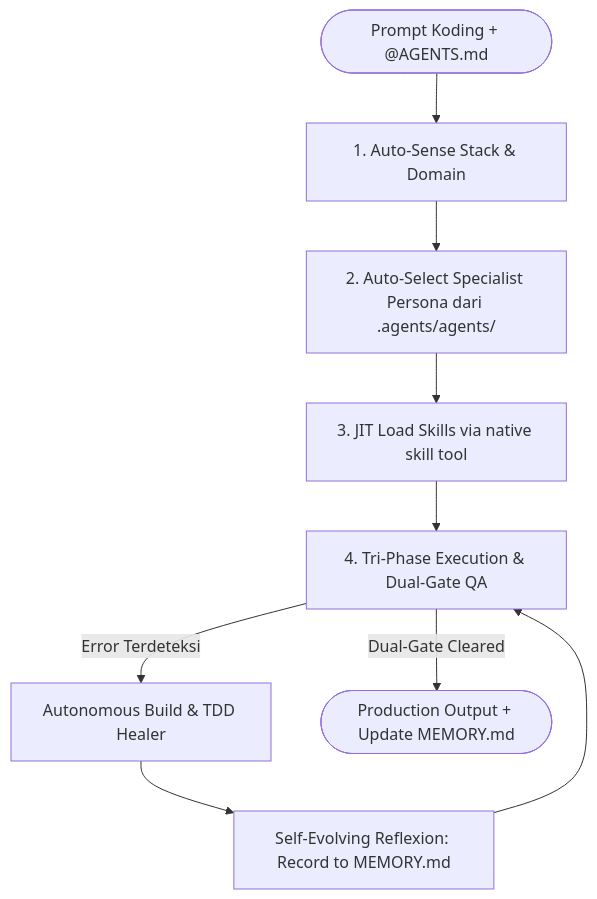
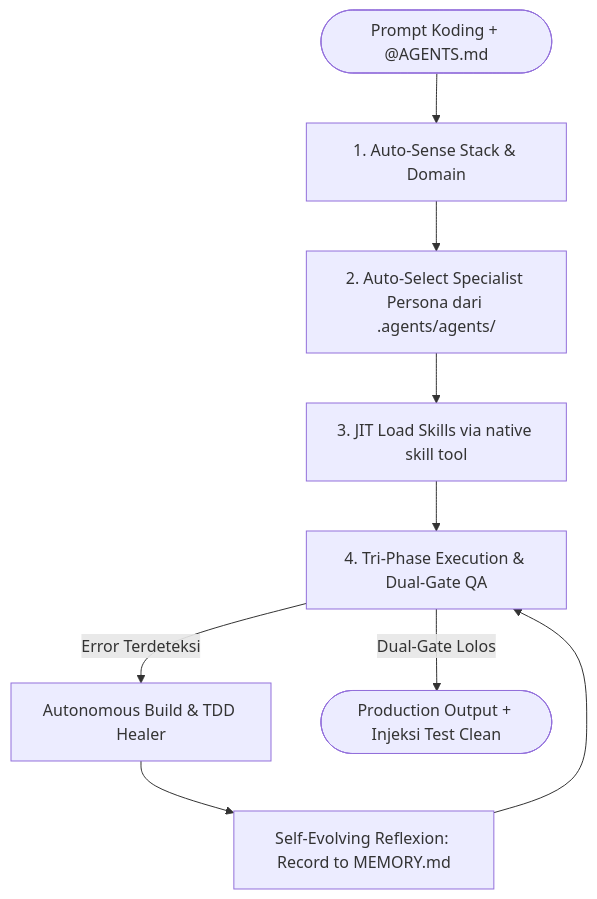
The diagram in README.md (FerzDevZ/freebuff-power), drawn with Mermaid before and after one commit. The commit also changed other lines of this file and 11 other files, not shown here.

````diff
--- a/README.md
+++ b/README.md
@@ -54,11 +56,11 @@
 ```mermaid
 graph TD
     Trigger([Prompt Koding + @AGENTS.md]) --> Step1[1. Auto-Sense Stack & Domain]
     Step1 --> Step2[2. Auto-Select Specialist Persona dari .agents/agents/]
     Step2 --> Step3[3. JIT Load Skills via native skill tool]
     Step3 --> Step4[4. Tri-Phase Execution & Dual-Gate QA]
     Step4 -->|Error Terdeteksi| Heal[Autonomous Build & TDD Healer]
     Heal --> Reflect[Self-Evolving Reflexion: Record to MEMORY.md]
     Reflect --> Step4
-    Step4 -->|Dual-Gate Cleared| Deliver([Production Output + Update MEMORY.md])
+    Step4 -->|Dual-Gate Lolos| Deliver([Production Output + Injeksi Test Clean])
 ```
````
